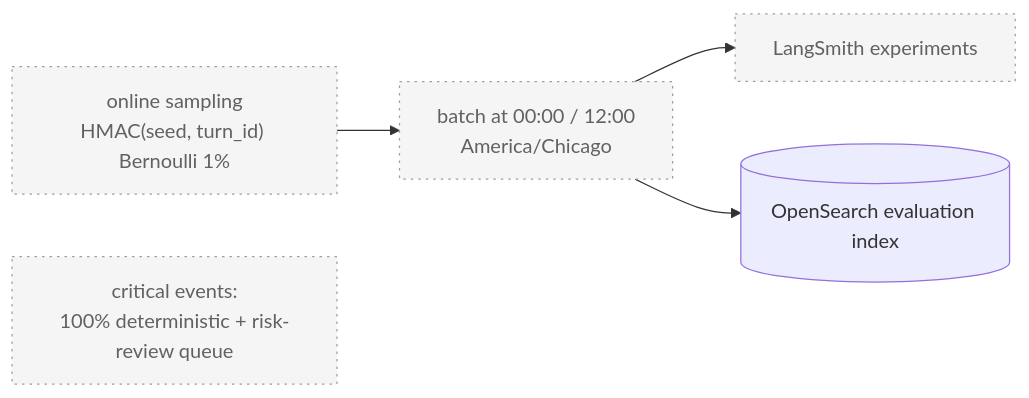
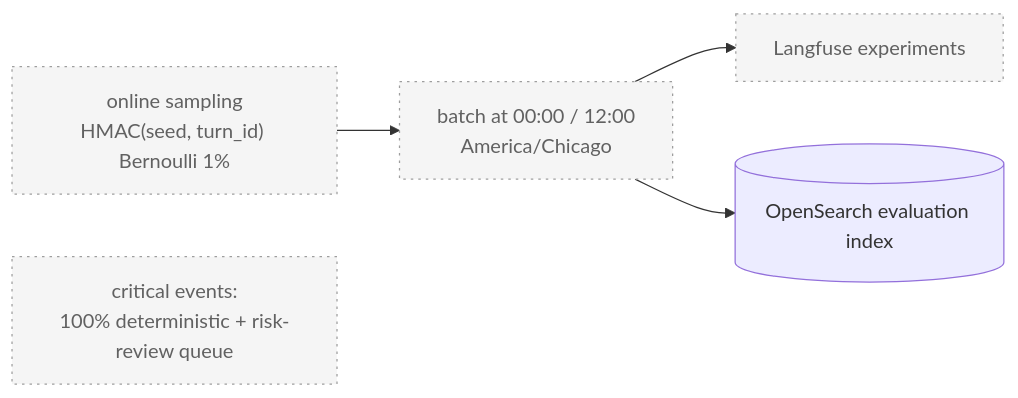
Before and after one commit to akilicarslan/Referral-Easy: the fourth of 4 diagrams in docs/architecture/diagrams/10-evaluation.md, drawn with Mermaid. The commit also changed other lines of this file and 91 other files, not shown here.

````diff
--- a/docs/architecture/diagrams/10-evaluation.md
+++ b/docs/architecture/diagrams/10-evaluation.md
@@ -93,9 +93,9 @@
 ```mermaid
 flowchart LR
     Online["online sampling<br/>HMAC(seed, turn_id) Bernoulli 1%"]:::gap --> Batch["batch at 00:00 / 12:00<br/>America/Chicago"]:::gap
-    Batch --> Smith["LangSmith experiments"]:::gap
+    Batch --> Smith["Langfuse experiments"]:::gap
     Batch --> OS[("OpenSearch evaluation index")]
     Risk["critical events:<br/>100% deterministic + risk-review queue"]:::gap
 
     classDef gap fill:#f5f5f5,stroke:#9e9e9e,color:#616161,stroke-dasharray:2 4
 ```
````
